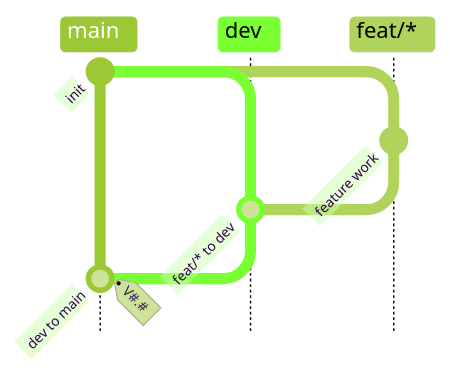
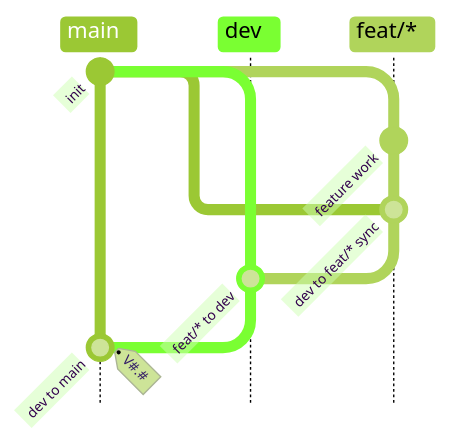
The diagram in .git-guard/contribution.md (ylang-ylang/gitguard), drawn with Mermaid (forest theme) before and after one commit. The commit also changed other lines of this file and 12 other files, not shown here.

````diff
--- a/.git-guard/contribution.md
+++ b/.git-guard/contribution.md
@@ -3,14 +3,18 @@
 ```mermaid
 gitGraph TB:
     commit id:"init"
     branch dev
     checkout dev
     branch "feat/*"
     checkout "feat/*"
     commit id:"feature work"
+
+    checkout "feat/*"
+    merge dev id:"dev to feat/* sync"
+
     checkout dev
     merge "feat/*" id:"feat/* to dev"
 
     checkout main
     merge dev id:"dev to main" tag:"V#.#"
 ```
````
